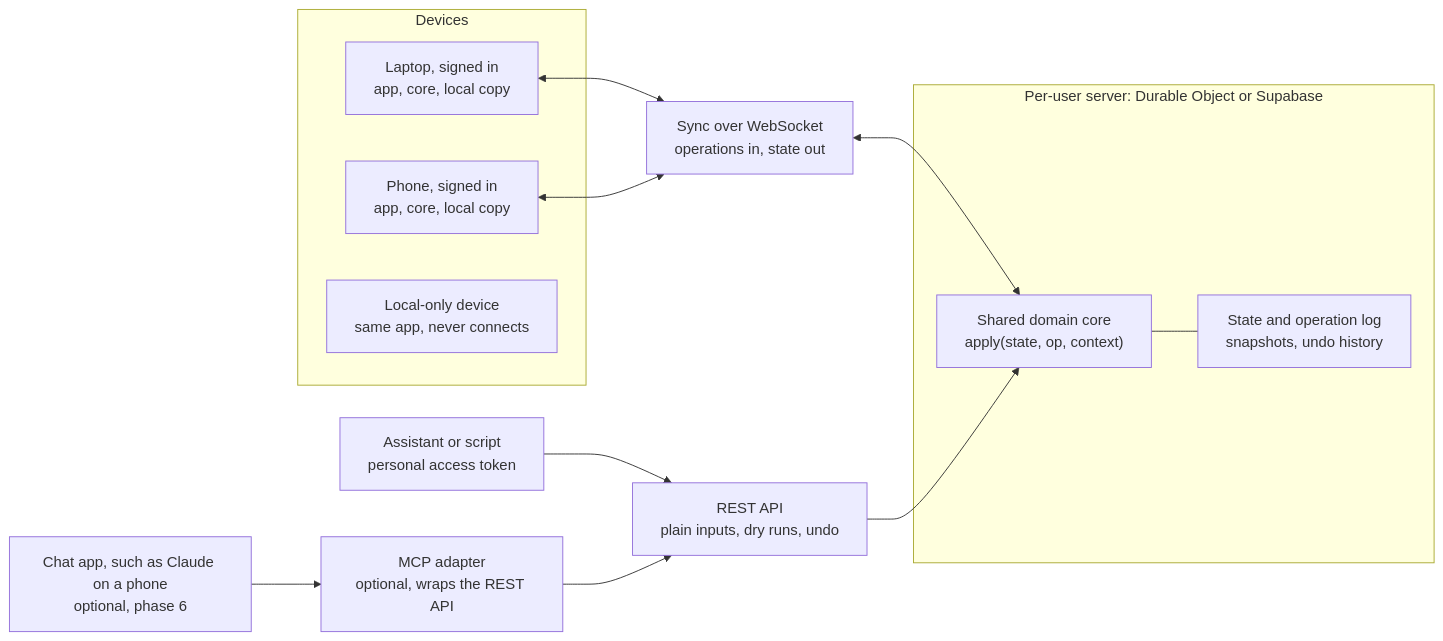
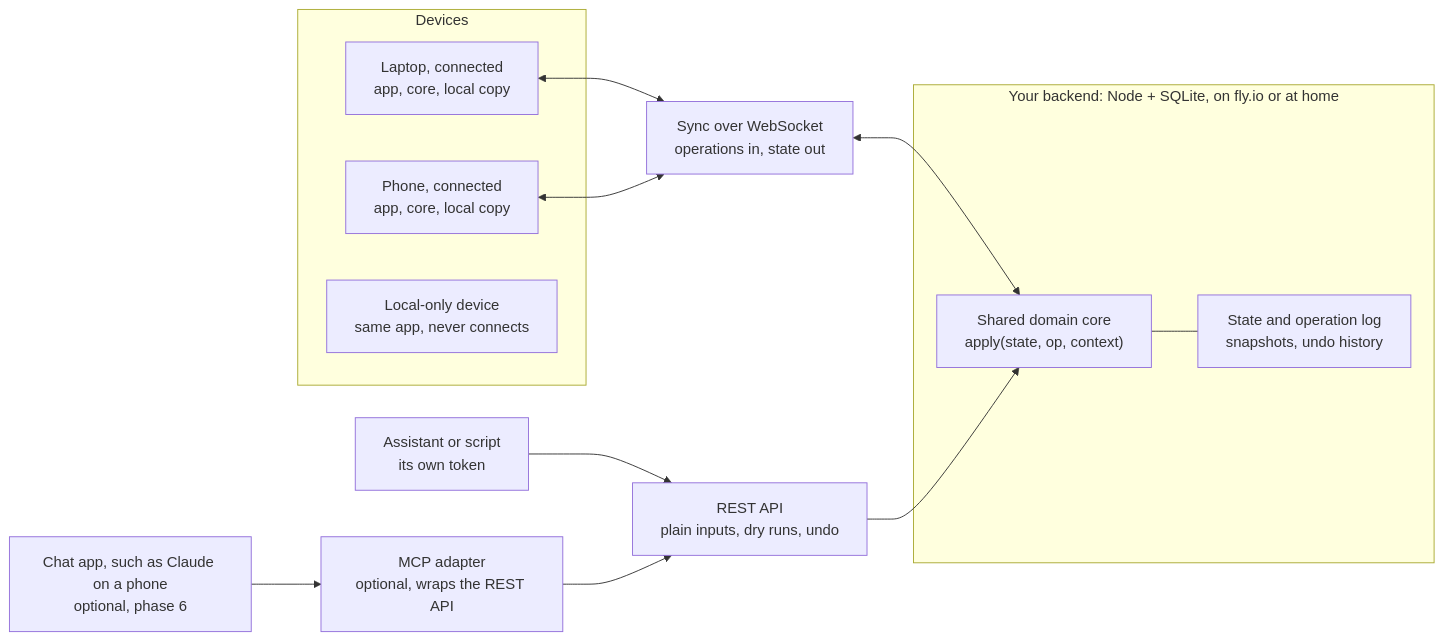
The diagram in SYNC-AND-API-DESIGN.md (grge/taskflow-app), drawn with Mermaid before and after one commit. The commit also changed other lines of this file, not shown here.

````diff
--- a/SYNC-AND-API-DESIGN.md
+++ b/SYNC-AND-API-DESIGN.md
@@ -43,28 +45,28 @@
 ```mermaid
 flowchart LR
   subgraph Devices
-    L["Laptop, signed in<br/>app, core, local copy"]
-    P["Phone, signed in<br/>app, core, local copy"]
+    L["Laptop, connected<br/>app, core, local copy"]
+    P["Phone, connected<br/>app, core, local copy"]
     O["Local-only device<br/>same app, never connects"]
   end
 
-  A["Assistant or script<br/>personal access token"]
+  A["Assistant or script<br/>its own token"]
   C["Chat app, such as Claude on a phone<br/>optional, phase 6"]
 
   WS["Sync over WebSocket<br/>operations in, state out"]
   R["REST API<br/>plain inputs, dry runs, undo"]
   M["MCP adapter<br/>optional, wraps the REST API"]
 
-  subgraph S["Per-user server: Durable Object or Supabase"]
+  subgraph S["Your backend: Node + SQLite, on fly.io or at home"]
     CORE["Shared domain core<br/>apply(state, op, context)"]
     LOG["State and operation log<br/>snapshots, undo history"]
   end
 
   L <--> WS
   P <--> WS
   WS <--> CORE
   A --> R
   C --> M --> R
   R --> CORE
   CORE --- LOG
 ```
````
